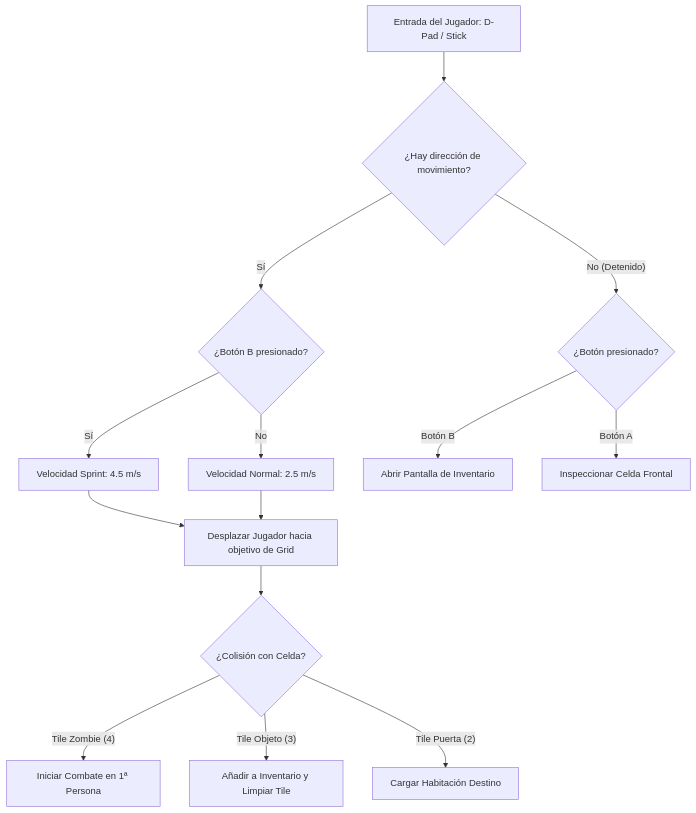
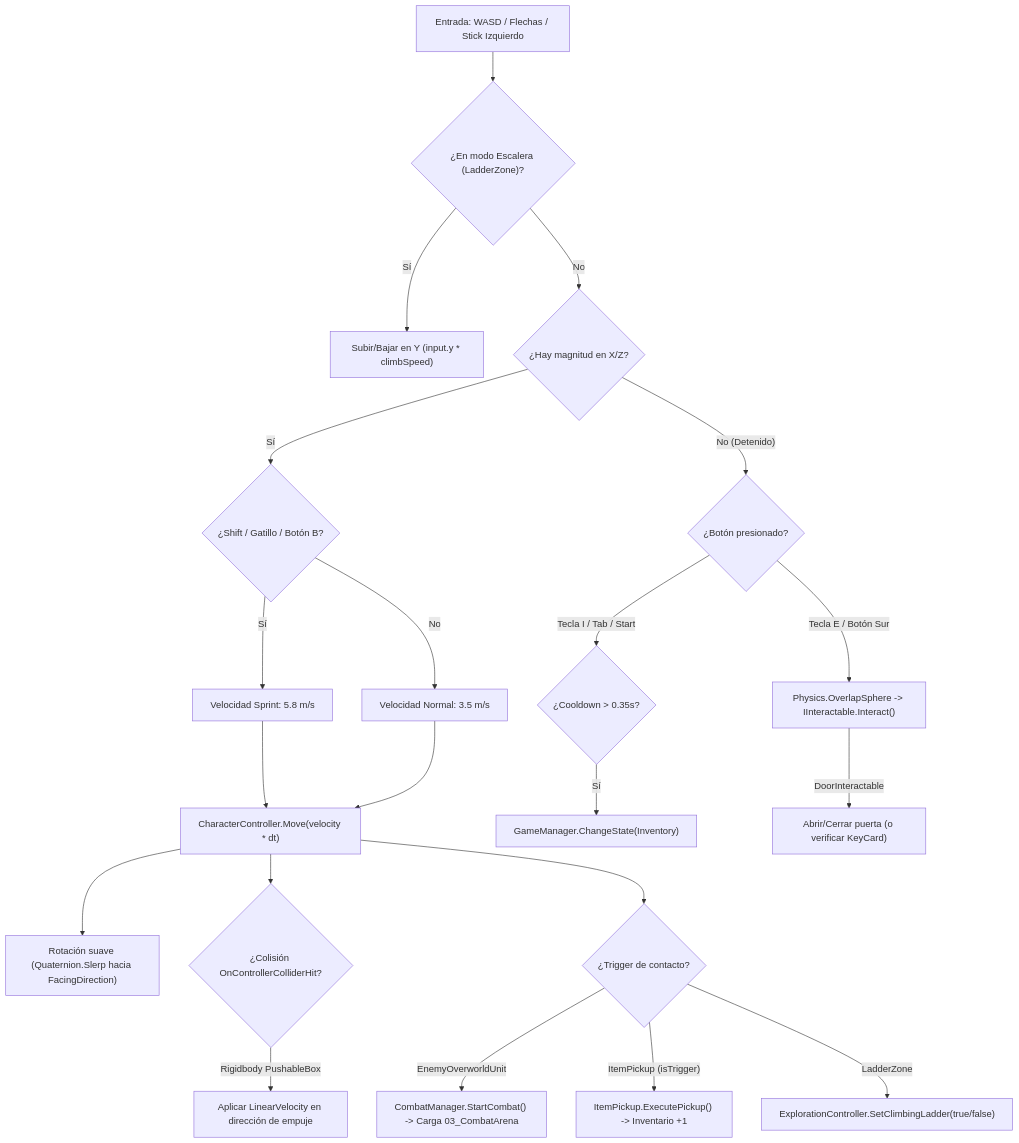
The diagram in Documentación/03 - Mecanicas Gaiden/03.1 - Sistema de Exploracion 2D (Exploration Controller, Grid, Room Transitions).md (matichanx3x3/proyectoGaiden), drawn with Mermaid before and after one commit. The commit also changed other lines of this file and 506 other files, not shown here.

````diff
--- a/Documentación/03 - Mecanicas Gaiden/03.1 - Sistema de Exploracion 2D (Exploration Controller, Grid, Room Transitions).md
+++ b/Documentación/03 - Mecanicas Gaiden/03.1 - Sistema de Exploracion 2D (Exploration Controller, Grid, Room Transitions).md
@@ -30,20 +28,29 @@
 ```mermaid
 flowchart TD
-    Input[Entrada del Jugador: D-Pad / Stick] --> MoveCheck{¿Hay dirección de movimiento?}
+    Input["Entrada: WASD / Flechas / Stick Izquierdo"] --> LadderCheck{"¿En modo Escalera (LadderZone)?"}
     
-    MoveCheck -- Sí --> SprintCheck{¿Botón B presionado?}
-    SprintCheck -- Sí --> Run[Velocidad Sprint: 4.5 m/s]
-    SprintCheck -- No --> Walk[Velocidad Normal: 2.5 m/s]
+    LadderCheck -- Sí --> Climb["Subir/Bajar en Y (input.y * climbSpeed)"]
+    LadderCheck -- No --> MoveCheck{"¿Hay magnitud en X/Z?"}
     
-    Run --> MovePlayer[Desplazar Jugador hacia objetivo de Grid]
+    MoveCheck -- Sí --> SprintCheck{"¿Shift / Gatillo / Botón B?"}
+    SprintCheck -- Sí --> Run["Velocidad Sprint: 5.8 m/s"]
+    SprintCheck -- No --> Walk["Velocidad Normal: 3.5 m/s"]
+    
+    Run --> MovePlayer["CharacterController.Move(velocity * dt)"]
     Walk --> MovePlayer
     
-    MovePlayer --> ColCheck{¿Colisión con Celda?}
-    ColCheck -- Tile Zombie (4) --> StartCombat[Iniciar Combate en 1ª Persona]
-    ColCheck -- Tile Objeto (3) --> PickItem[Añadir a Inventario y Limpiar Tile]
-    ColCheck -- Tile Puerta (2) --> TransitionRoom[Cargar Habitación Destino]
+    MovePlayer --> LookAtDir["Rotación suave (Quaternion.Slerp hacia FacingDirection)"]
+    MovePlayer --> CollisionHit{"¿Colisión OnControllerColliderHit?"}
+    CollisionHit -- Rigidbody PushableBox --> PushBox["Aplicar LinearVelocity en dirección de empuje"]
     
-    MoveCheck -- No (Detenido) --> ActionCheck{¿Botón presionado?}
-    ActionCheck -- Botón B --> OpenInv[Abrir Pantalla de Inventario]
-    ActionCheck -- Botón A --> InspectFacing[Inspeccionar Celda Frontal]
+    MovePlayer --> TriggerCheck{"¿Trigger de contacto?"}
+    TriggerCheck -- EnemyOverworldUnit --> StartCombat["CombatManager.StartCombat() -> Carga 03_CombatArena"]
+    TriggerCheck -- ItemPickup (isTrigger) --> PickItem["ItemPickup.ExecutePickup() -> Inventario +1"]
+    TriggerCheck -- LadderZone --> ToggleLadder["ExplorationController.SetClimbingLadder(true/false)"]
+    
+    MoveCheck -- No (Detenido) --> ActionCheck{"¿Botón presionado?"}
+    ActionCheck -- Tecla I / Tab / Start --> DebounceCheck{"¿Cooldown > 0.35s?"}
+    DebounceCheck -- Sí --> OpenInv["GameManager.ChangeState(Inventory)"]
+    ActionCheck -- Tecla E / Botón Sur --> OverlapCheck["Physics.OverlapSphere -> IInteractable.Interact()"]
+    OverlapCheck -- DoorInteractable --> ToggleDoor["Abrir/Cerrar puerta (o verificar KeyCard)"]
 ```
````
